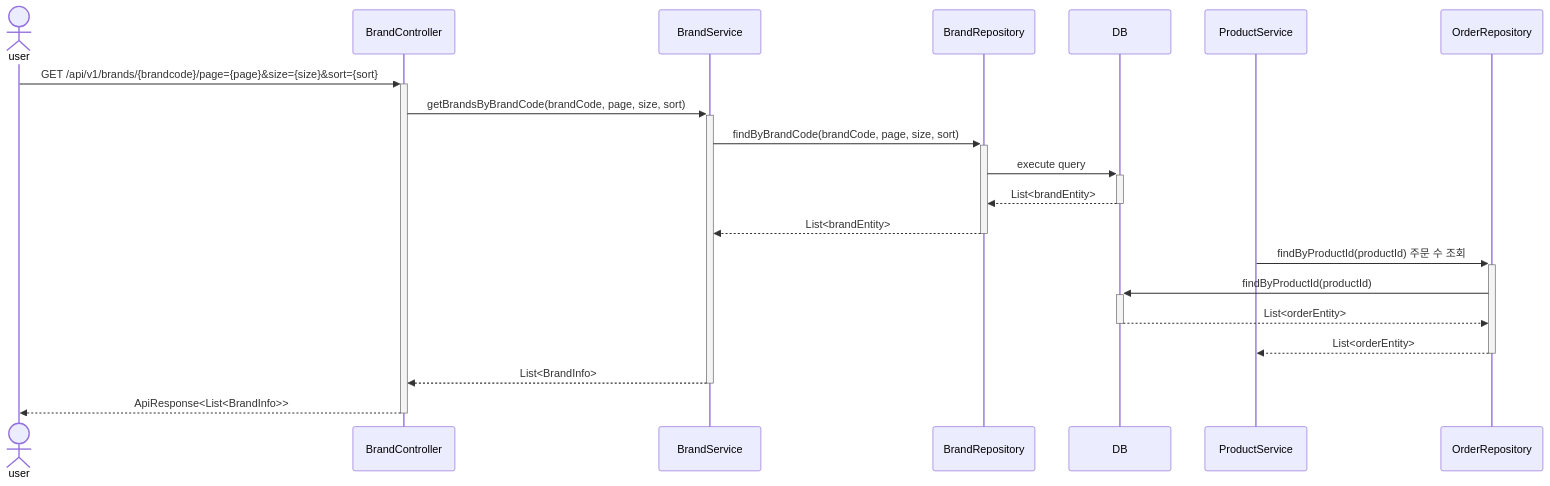
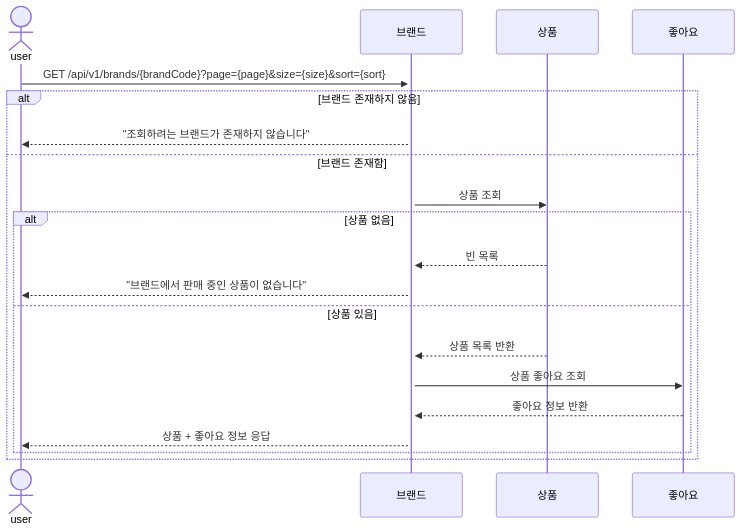
The third of 10 diagrams in docs/design/02-sequence-diagrams.md (lutae2000/java-spring-ecommerce-api), drawn with Mermaid before and after one commit. The commit also changed other lines of this file and 5 other files, not shown here.

````diff
--- a/docs/design/02-sequence-diagrams.md
+++ b/docs/design/02-sequence-diagrams.md
@@ -91,18 +81,26 @@
-  ```mermaid
-  sequenceDiagram
+```mermaid
+sequenceDiagram
   actor user
-  user->>+BrandController : GET /api/v1/brands/{brandcode}/page={page}&size={size}&sort={sort}
-  BrandController->>+BrandService : getBrandsByBrandCode(brandCode, page, size, sort)
-  BrandService->>+BrandRepository : findByBrandCode(brandCode, page, size, sort)
-  BrandRepository->>+DB : execute query
-  DB-->>-BrandRepository : List<brandEntity>
-  BrandRepository-->>-BrandService : List<brandEntity>
-  
-  ProductService->>+OrderRepository : findByProductId(productId) 주문 수 조회
-  OrderRepository->>+DB : findByProductId(productId)
-  DB-->>-OrderRepository : List<orderEntity>
-  OrderRepository-->>-ProductService : List<orderEntity>
-  
-  BrandService-->>-BrandController : List<BrandInfo>
-  BrandController-->>-user : ApiResponse<List<BrandInfo>>
-  ```
+  participant BrandService as 브랜드
+  participant ProductService as 상품
+  participant LikeService as 좋아요
+
+  user->>+BrandService: GET /api/v1/brands/{brandCode}?page={page}&size={size}&sort={sort}
+
+
+  alt 브랜드 존재하지 않음
+    BrandService-->>user: "조회하려는 브랜드가 존재하지 않습니다"
+  else 브랜드 존재함
+    BrandService->>ProductService: 상품 조회
+
+    alt 상품 없음
+      ProductService-->>BrandService: 빈 목록
+      BrandService-->>user: "브랜드에서 판매 중인 상품이 없습니다"
+    else 상품 있음
+      ProductService-->>BrandService: 상품 목록 반환
+      BrandService->>LikeService: 상품 좋아요 조회
+      LikeService-->>BrandService: 좋아요 정보 반환
+      BrandService-->>user: 상품 + 좋아요 정보 응답
+    end
+  end
+```
````
